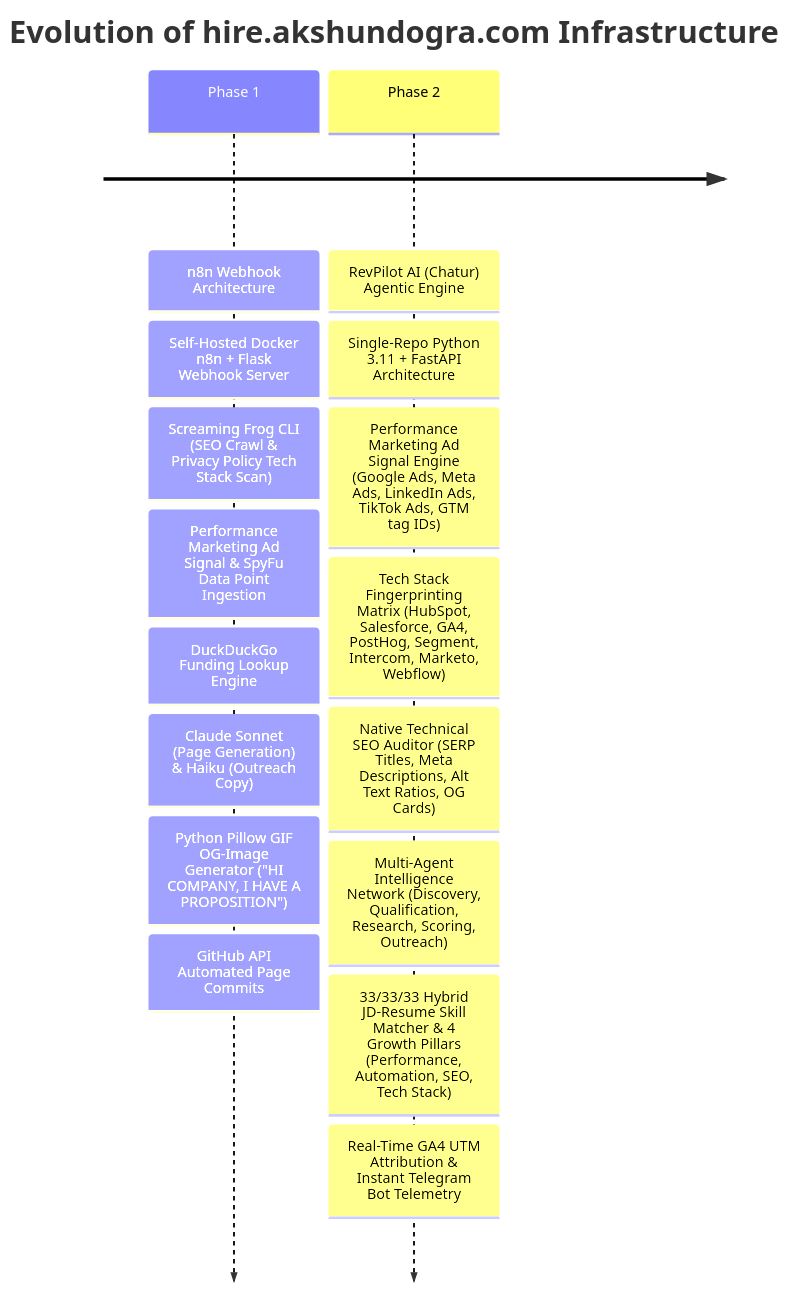
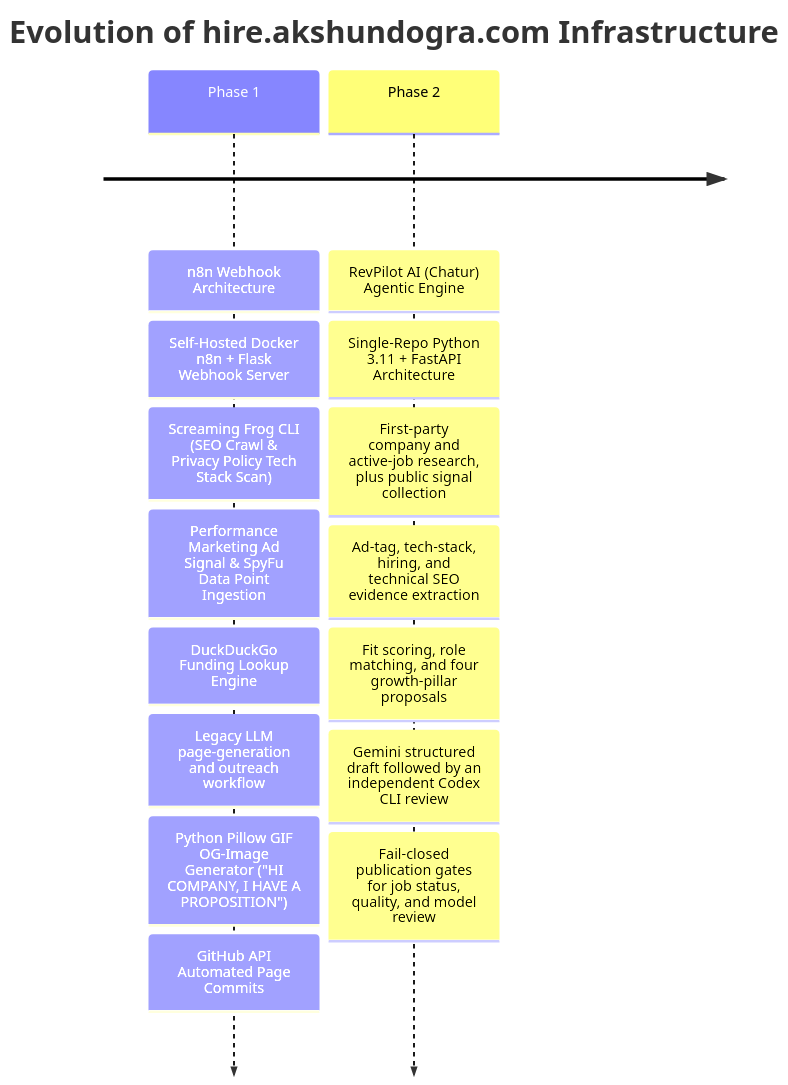
Before and after one commit to akshundogra/hire: the first of 4 diagrams in README.md, drawn with Mermaid. The commit also changed other lines of this file, not shown here.

````diff
--- a/README.md
+++ b/README.md
@@ -16,20 +16,19 @@
 ```mermaid
 timeline
     title Evolution of hire.akshundogra.com Infrastructure
     Phase 1 : n8n Webhook Architecture
             : Self-Hosted Docker n8n + Flask Webhook Server
             : Screaming Frog CLI (SEO Crawl & Privacy Policy Tech Stack Scan)
             : Performance Marketing Ad Signal & SpyFu Data Point Ingestion
             : DuckDuckGo Funding Lookup Engine
-            : Claude Sonnet (Page Generation) & Haiku (Outreach Copy)
+            : Legacy LLM page-generation and outreach workflow
             : Python Pillow GIF OG-Image Generator ("HI COMPANY, I HAVE A PROPOSITION")
             : GitHub API Automated Page Commits
     Phase 2 : RevPilot AI (Chatur) Agentic Engine
             : Single-Repo Python 3.11 + FastAPI Architecture
-            : Performance Marketing Ad Signal Engine (Google Ads, Meta Ads, LinkedIn Ads, TikTok Ads, GTM tag IDs)
-            : Tech Stack Fingerprinting Matrix (HubSpot, Salesforce, GA4, PostHog, Segment, Intercom, Marketo, Webflow)
-            : Native Technical SEO Auditor (SERP Titles, Meta Descriptions, Alt Text Ratios, OG Cards)
-            : Multi-Agent Intelligence Network (Discovery, Qualification, Research, Scoring, Outreach)
-            : 33/33/33 Hybrid JD-Resume Skill Matcher & 4 Growth Pillars (Performance, Automation, SEO, Tech Stack)
-            : Real-Time GA4 UTM Attribution & Instant Telegram Bot Telemetry
+            : First-party company and active-job research, plus public signal collection
+            : Ad-tag, tech-stack, hiring, and technical SEO evidence extraction
+            : Fit scoring, role matching, and four growth-pillar proposals
+            : Gemini structured draft followed by an independent Codex CLI review
+            : Fail-closed publication gates for job status, quality, and model review
 ```
````
